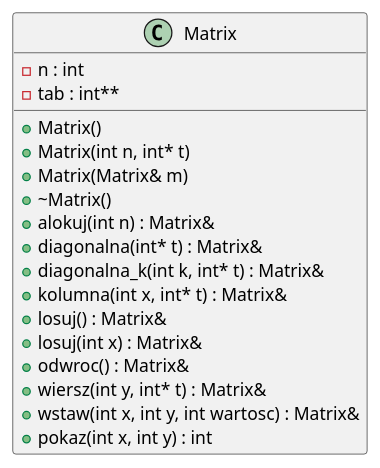
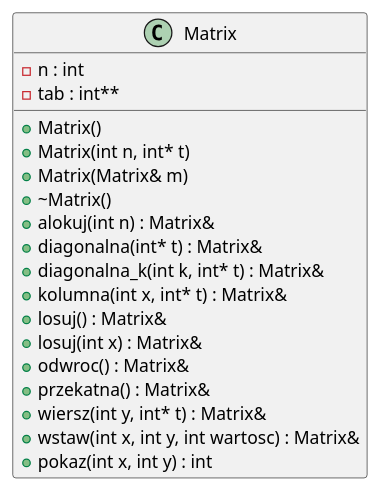
One commit to kluchoo/Matrix changed the diagram in inline_umlgraph_pnghtml.pu. Above: the diagram before and after it, drawn with PlantUML. The commit also changed 11 other files, not shown here.

```diff
--- a/inline_umlgraph_pnghtml.pu
+++ b/inline_umlgraph_pnghtml.pu
@@ -1,21 +1,22 @@
 @startuml inline_umlgraph_1.png
 class Matrix {
 -n : int
 -tab : int**
 +Matrix()
 +Matrix(int n, int* t)
 +Matrix(Matrix& m)
 +~Matrix()
 +alokuj(int n) : Matrix&
 +diagonalna(int* t) : Matrix&
 +diagonalna_k(int k, int* t) : Matrix&
 +kolumna(int x, int* t) : Matrix&
 +losuj() : Matrix&
 +losuj(int x) : Matrix&
 +odwroc() : Matrix&
++przekatna() : Matrix&
 +wiersz(int y, int* t) : Matrix&
 +wstaw(int x, int y, int wartosc) : Matrix&
 +pokaz(int x, int y) : int
 
 }
 @enduml
```
